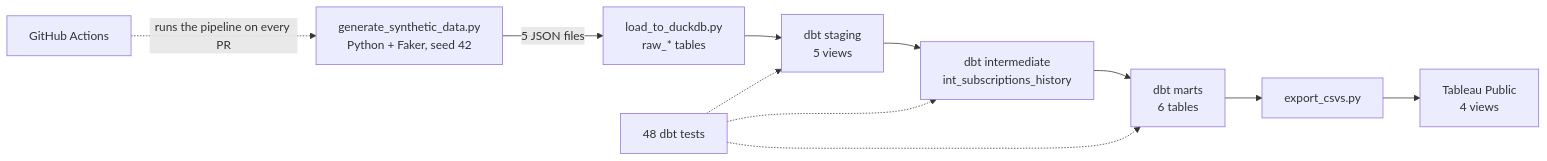
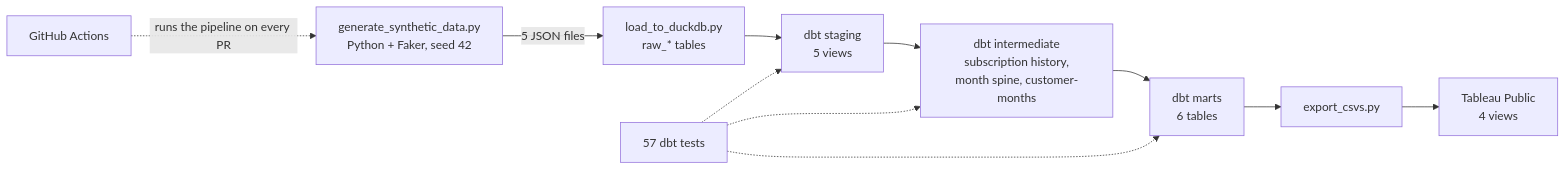
Before and after one commit to thaenandarhtet-iris/saas-analytics-pipeline: the diagram in README.md, drawn with Mermaid. The commit also changed other lines of this file, not shown here.

Commit message:
Update README for the shared customer-month model and new tests

````diff
--- a/README.md
+++ b/README.md
@@ -46,13 +47,13 @@
 ```mermaid
 flowchart LR
     A["generate_synthetic_data.py<br/>Python + Faker, seed 42"] -->|5 JSON files| B["load_to_duckdb.py<br/>raw_* tables"]
     B --> C["dbt staging<br/>5 views"]
-    C --> D["dbt intermediate<br/>int_subscriptions_history"]
+    C --> D["dbt intermediate<br/>subscription history,<br/>month spine, customer-months"]
     D --> E["dbt marts<br/>6 tables"]
     E --> F["export_csvs.py"]
     F --> G["Tableau Public<br/>4 views"]
-    T["48 dbt tests"] -.-> C
+    T["57 dbt tests"] -.-> C
     T -.-> D
     T -.-> E
     CI["GitHub Actions"] -.->|runs the pipeline on every PR| A
 ```
````
